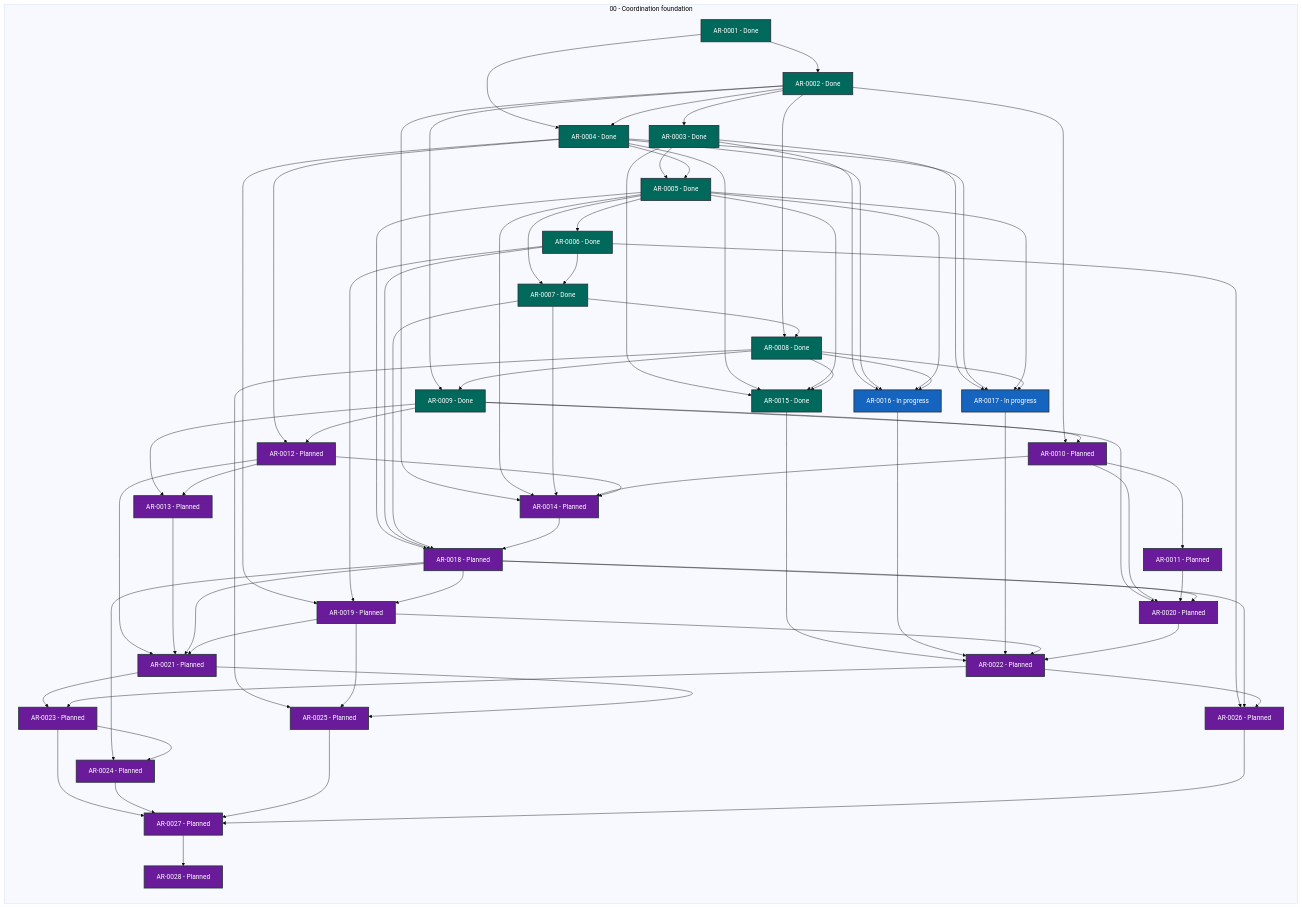
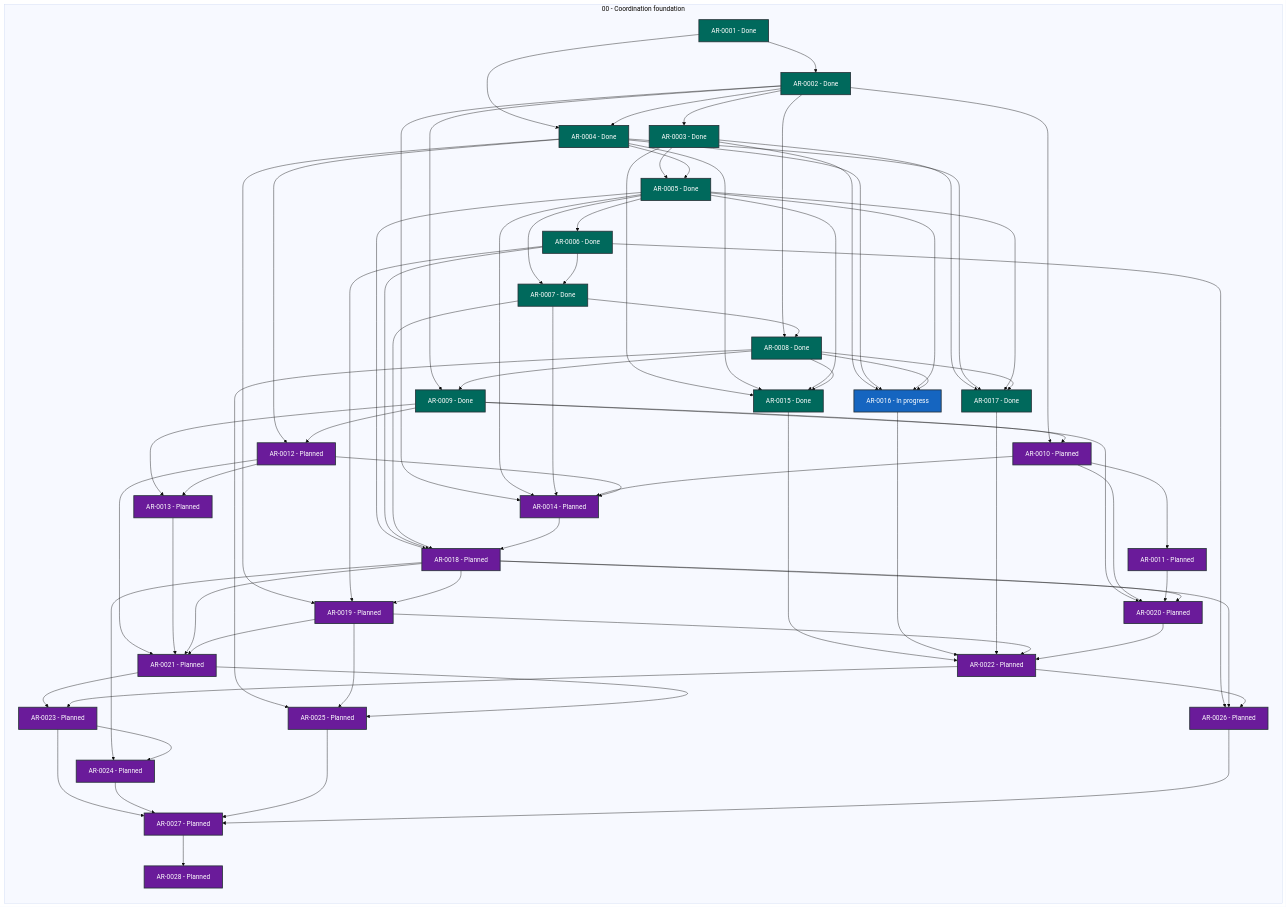
One commit to martin-beck/agent-workflow-runtime-state changed the diagram in STATUS.md. Above: the diagram before and after it, drawn with Mermaid (base theme). The commit also changed other lines of this file and 2 other files, not shown here.

```diff
--- a/STATUS.md
+++ b/STATUS.md
@@ -44,7 +44,7 @@
         AR_0014["AR-0014 - Planned"]:::status_planned
         AR_0015["AR-0015 - Done"]:::status_done
         AR_0016["AR-0016 - In progress"]:::status_in_progress
-        AR_0017["AR-0017 - In progress"]:::status_in_progress
+        AR_0017["AR-0017 - Done"]:::status_done
         AR_0018["AR-0018 - Planned"]:::status_planned
         AR_0019["AR-0019 - Planned"]:::status_planned
         AR_0020["AR-0020 - Planned"]:::status_planned
```
